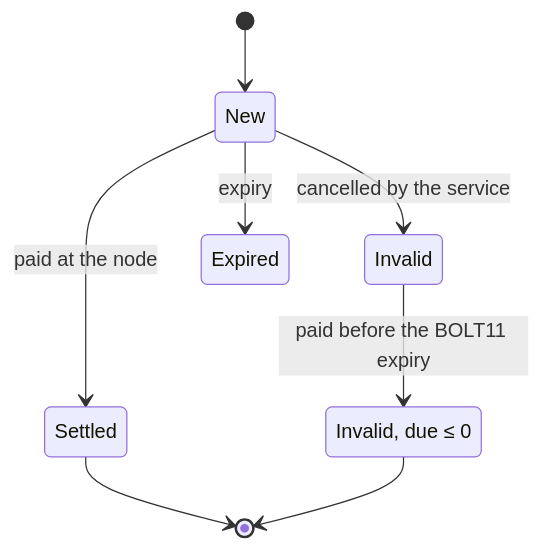
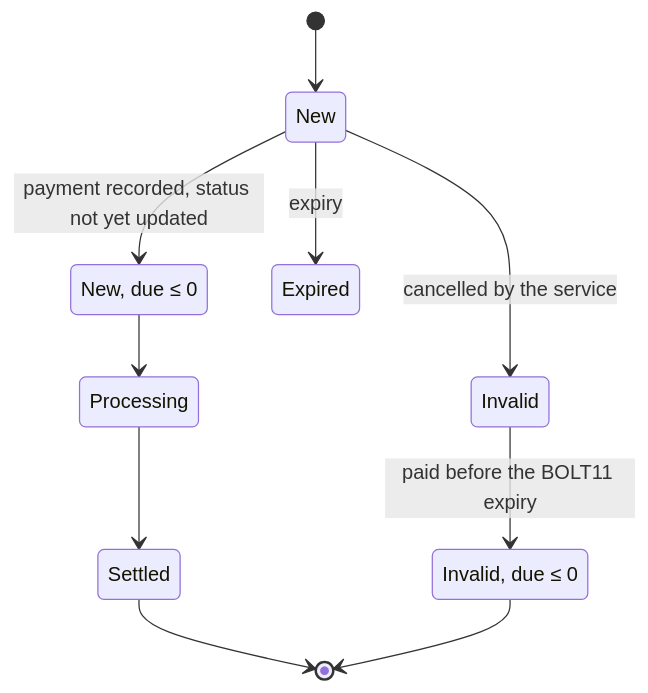
One commit to simplex-chat/simplex-chat changed the third of 3 diagrams in plans/2026-11-03-lightning-btcpay.md. Above: the diagram before and after it, drawn with Mermaid. The commit also changed 7 other files, not shown here.

````diff
--- a/plans/2026-11-03-lightning-btcpay.md
+++ b/plans/2026-11-03-lightning-btcpay.md
@@ -68,11 +68,14 @@
 ```mermaid
 stateDiagram-v2
   [*] --> New
-  New --> Settled: paid at the node
+  New --> NewPaid: payment recorded, status not yet updated
+  NewPaid: New, due ≤ 0
+  NewPaid --> Processing
+  Processing --> Settled
   New --> Invalid: cancelled by the service
   New --> Expired: expiry
   Invalid --> InvalidPaid: paid before the BOLT11 expiry
   InvalidPaid: Invalid, due ≤ 0
   Settled --> [*]
   InvalidPaid --> [*]
 ```
````
